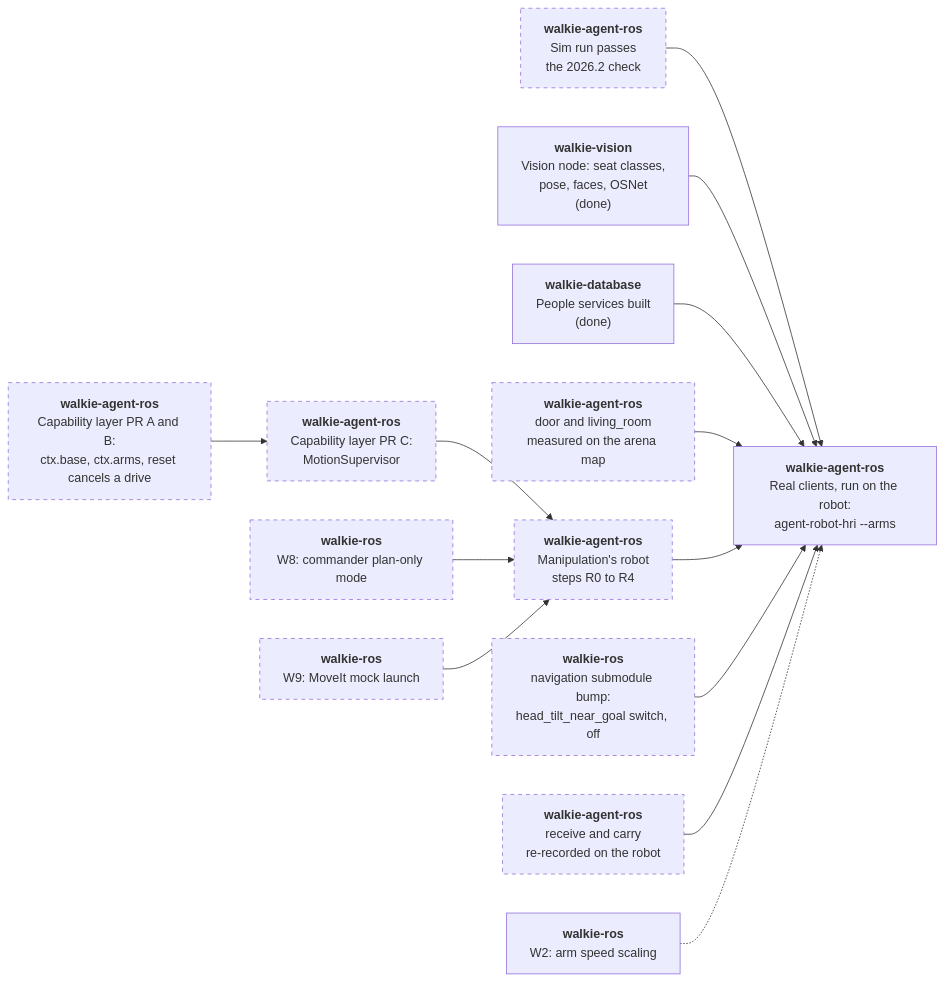
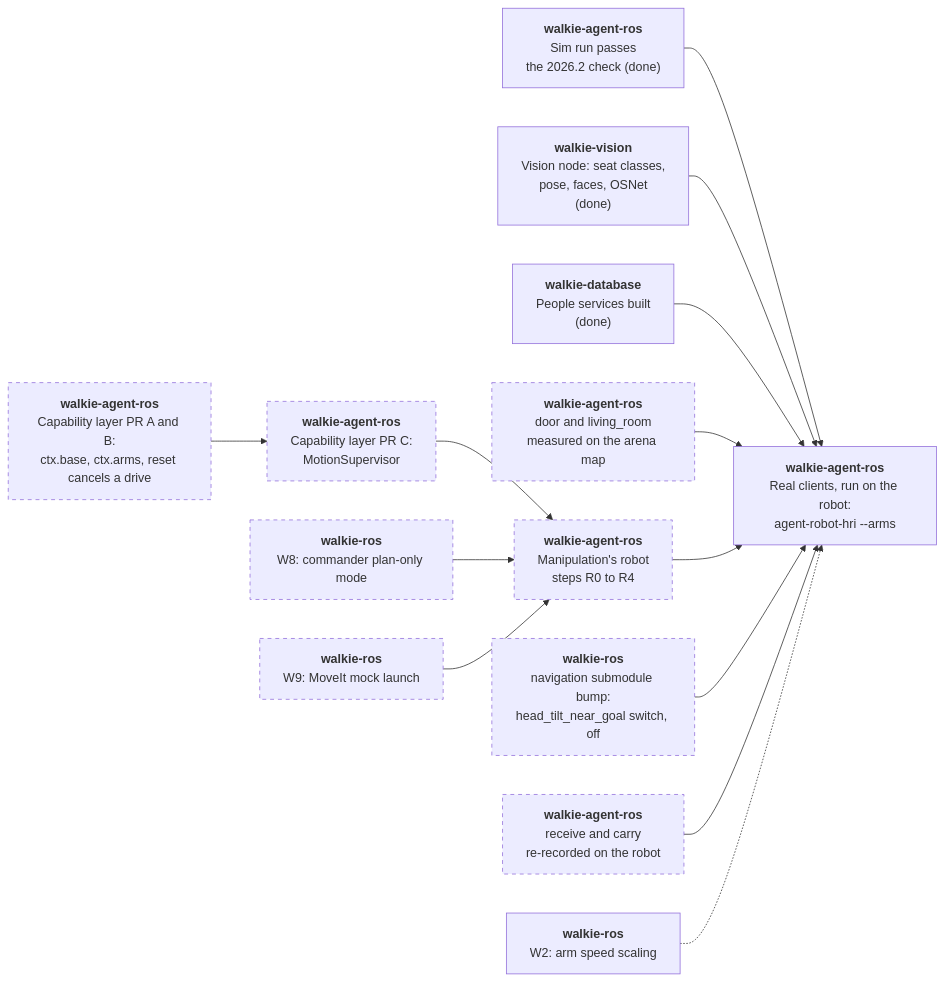
Before and after one commit to EIC-Robocup-2026/walkie-agent-ros: the fourth of 4 diagrams in docs/architecture/hri.md, drawn with Mermaid. The commit also changed other lines of this file, not shown here.

Commit message:
docs: record that the merged hri slice passes the sim check

````diff
--- a/docs/architecture/hri.md
+++ b/docs/architecture/hri.md
@@ -1047,31 +1047,31 @@
 ```mermaid
 flowchart LR
-    t["<b>walkie-agent-ros</b><br/>Sim run passes<br/>the 2026.2 check"]:::proposed
+    t["<b>walkie-agent-ros</b><br/>Sim run passes<br/>the 2026.2 check (done)"]
     v["<b>walkie-vision</b><br/>Vision node: seat classes,<br/>pose, faces, OSNet<br/>(done)"]
     d3["<b>walkie-database</b><br/>People services built<br/>(done)"]
     lo["<b>walkie-agent-ros</b><br/>door and living_room<br/>measured on the arena map"]:::proposed
     cb["<b>walkie-agent-ros</b><br/>Capability layer PR A and B:<br/>ctx.base, ctx.arms, reset cancels a drive"]:::proposed
     ac["<b>walkie-agent-ros</b><br/>Capability layer PR C:<br/>MotionSupervisor"]:::proposed
     ht["<b>walkie-ros</b><br/>navigation submodule bump:<br/>head_tilt_near_goal switch, off"]:::proposed
     w8["<b>walkie-ros</b><br/>W8: commander plan-only mode"]:::proposed
     w9["<b>walkie-ros</b><br/>W9: MoveIt mock launch"]:::proposed
     rs["<b>walkie-agent-ros</b><br/>Manipulation's robot<br/>steps R0 to R4"]:::proposed
     rp["<b>walkie-agent-ros</b><br/>receive and carry<br/>re-recorded on the robot"]:::proposed
     w2["<b>walkie-ros</b><br/>W2: arm speed scaling"]
     r["<b>walkie-agent-ros</b><br/>Real clients, run on the robot:<br/>agent-robot-hri --arms"]
 
     t --> r
     v --> r
     d3 --> r
     lo --> r
     cb --> ac
     ac --> rs
     w8 --> rs
     w9 --> rs
     rs --> r
     ht --> r
     rp --> r
     w2 -.-> r
 
     classDef proposed stroke-dasharray: 5 5;
 ```
````
